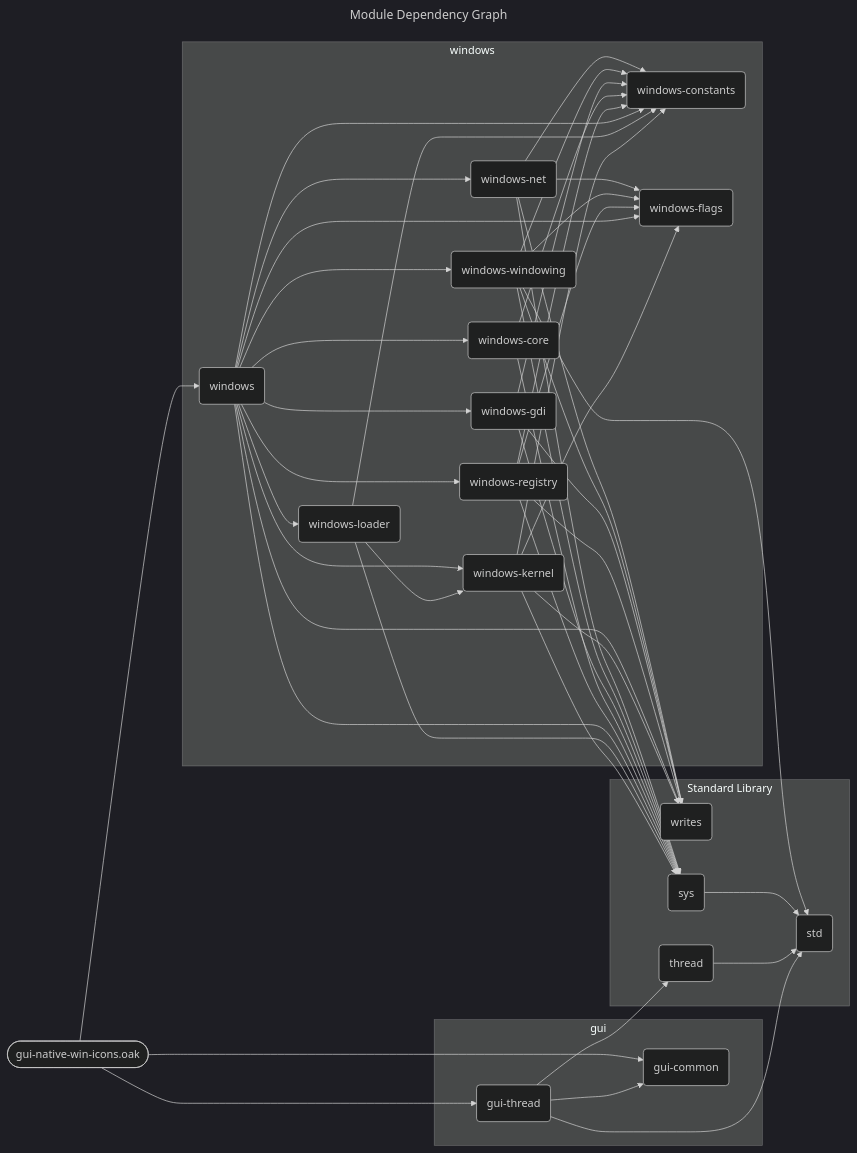
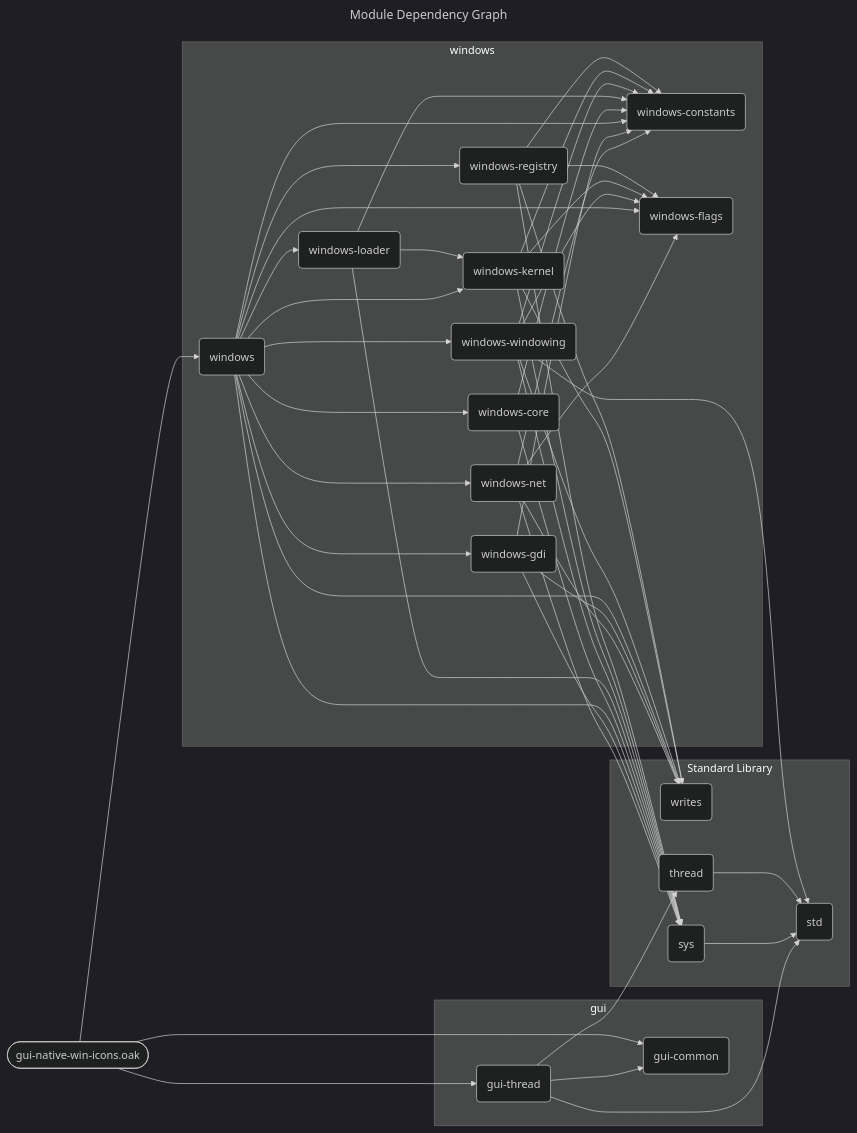
The diagram in docs/spec/gui-native-win-icons.mmd (SpcFORK/magnolia), drawn with Mermaid (dark theme) before and after one commit. The commit also changed other lines of this file and 150 other files, not shown here.

First line of the commit message:
Refactor module dependency graphs and enhance Go code generation

```diff
--- a/docs/spec/gui-native-win-icons.mmd
+++ b/docs/spec/gui-native-win-icons.mmd
@@ -1,71 +1,71 @@
 ---
 title: Module Dependency Graph
 ---
 flowchart LR
     lib_gui_native_win_icons_oak(["gui-native-win-icons.oak"])
+    subgraph stdlib_gui ["gui"]
+        gui_common("gui-common")
+        gui_thread("gui-thread")
+    end
     subgraph stdlib_windows ["windows"]
+        windows_registry("windows-registry")
         windows_kernel("windows-kernel")
+        windows_windowing("windows-windowing")
         windows_loader("windows-loader")
+        windows_core("windows-core")
         windows("windows")
-        windows_registry("windows-registry")
-        windows_core("windows-core")
-        windows_gdi("windows-gdi")
         windows_constants("windows-constants")
         windows_flags("windows-flags")
-        windows_windowing("windows-windowing")
+        windows_gdi("windows-gdi")
         windows_net("windows-net")
-    end
-    subgraph stdlib_gui ["gui"]
-        gui_thread("gui-thread")
-        gui_common("gui-common")
     end
     subgraph stdlib_core ["Standard Library"]
         writes("writes")
         std("std")
         thread("thread")
         sys("sys")
     end
+    windows_registry --> sys
+    windows_registry --> writes
+    windows_registry --> windows_constants
+    windows_registry --> windows_flags
     windows_kernel --> sys
     windows_kernel --> writes
     windows_kernel --> windows_constants
     windows_kernel --> windows_flags
+    windows_windowing --> sys
+    windows_windowing --> writes
+    windows_windowing --> windows_constants
+    windows_windowing --> windows_flags
+    windows_windowing --> std
     windows_loader --> sys
     windows_loader --> windows_constants
     windows_loader --> windows_kernel
-    gui_thread --> std
-    gui_thread --> thread
-    gui_thread --> gui_common
+    windows_core --> sys
+    windows_core --> windows_constants
+    thread --> std
     windows --> sys
     windows --> writes
     windows --> windows_constants
     windows --> windows_flags
     windows --> windows_registry
     windows --> windows_net
     windows --> windows_windowing
     windows --> windows_gdi
     windows --> windows_kernel
     windows --> windows_loader
     windows --> windows_core
-    windows_registry --> sys
-    windows_registry --> writes
-    windows_registry --> windows_constants
-    windows_registry --> windows_flags
-    windows_core --> sys
-    windows_core --> windows_constants
+    sys --> std
     lib_gui_native_win_icons_oak --> windows
     lib_gui_native_win_icons_oak --> gui_common
     lib_gui_native_win_icons_oak --> gui_thread
     windows_gdi --> sys
     windows_gdi --> writes
     windows_gdi --> windows_constants
-    thread --> std
-    sys --> std
-    windows_windowing --> sys
-    windows_windowing --> writes
-    windows_windowing --> windows_constants
-    windows_windowing --> windows_flags
-    windows_windowing --> std
+    gui_thread --> std
+    gui_thread --> thread
+    gui_thread --> gui_common
     windows_net --> sys
     windows_net --> writes
     windows_net --> windows_constants
     windows_net --> windows_flags
```
